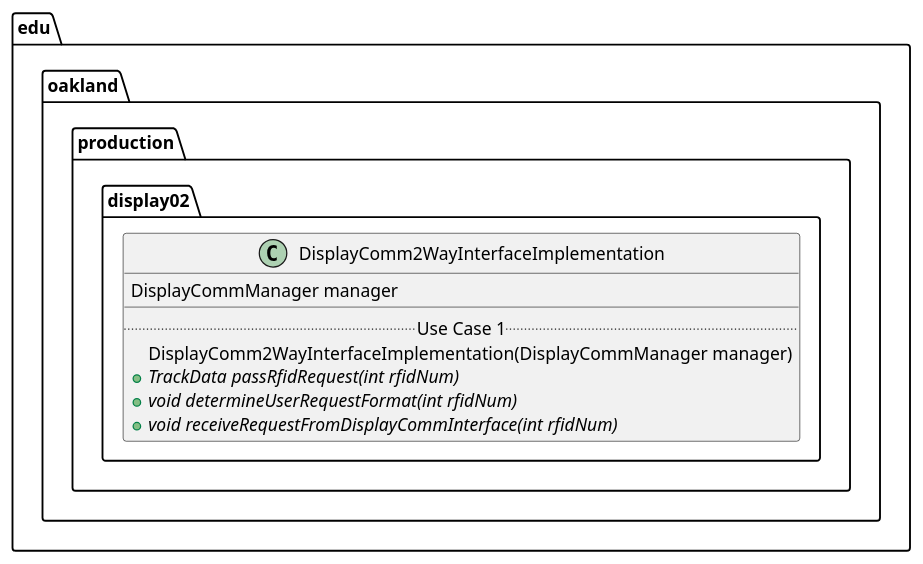
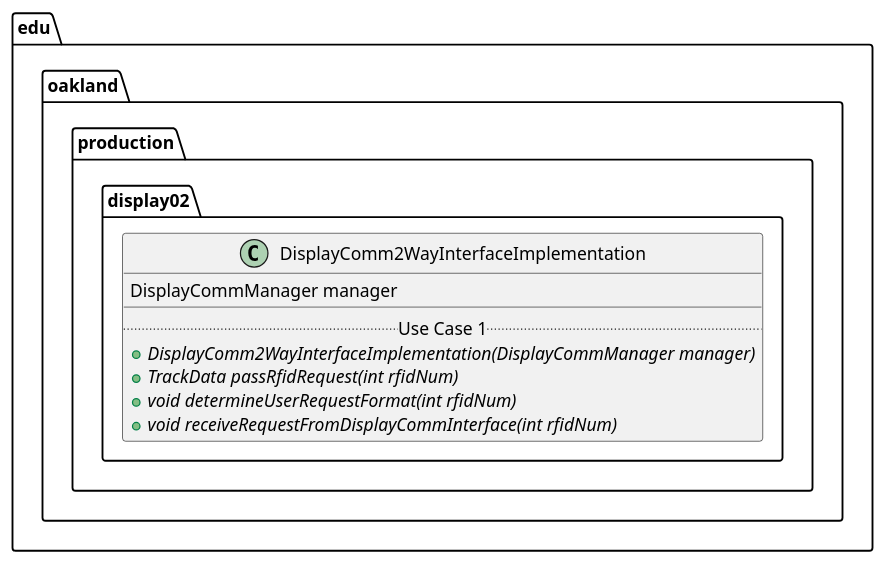
Before and after one commit to andrewdimmer/csi-3370-software-project: the diagram in docs/uml-class-diagrams/display02/production/DisplayComm2WayInterfaceImplementation/DisplayComm2WayInterfaceImplementation.puml, drawn with PlantUML.

```diff
--- a/docs/uml-class-diagrams/display02/production/DisplayComm2WayInterfaceImplementation/DisplayComm2WayInterfaceImplementation.puml
+++ b/docs/uml-class-diagrams/display02/production/DisplayComm2WayInterfaceImplementation/DisplayComm2WayInterfaceImplementation.puml
@@ -1,15 +1,15 @@
 @startuml DisplayComm2WayInterfaceImplementation
 
 package edu.oakland.production.display02 {
     class DisplayComm2WayInterfaceImplementation {
         DisplayCommManager manager
         __
         .. Use Case 1 ..
-        DisplayComm2WayInterfaceImplementation(DisplayCommManager manager)
+        {abstract} + DisplayComm2WayInterfaceImplementation(DisplayCommManager manager)
         {abstract} + TrackData passRfidRequest(int rfidNum)
         {abstract} + void determineUserRequestFormat(int rfidNum)
         {abstract} + void receiveRequestFromDisplayCommInterface(int rfidNum)
     }
 }
 
 @enduml
```
